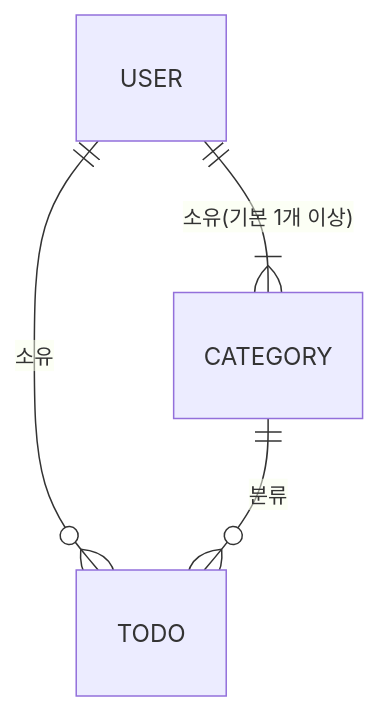
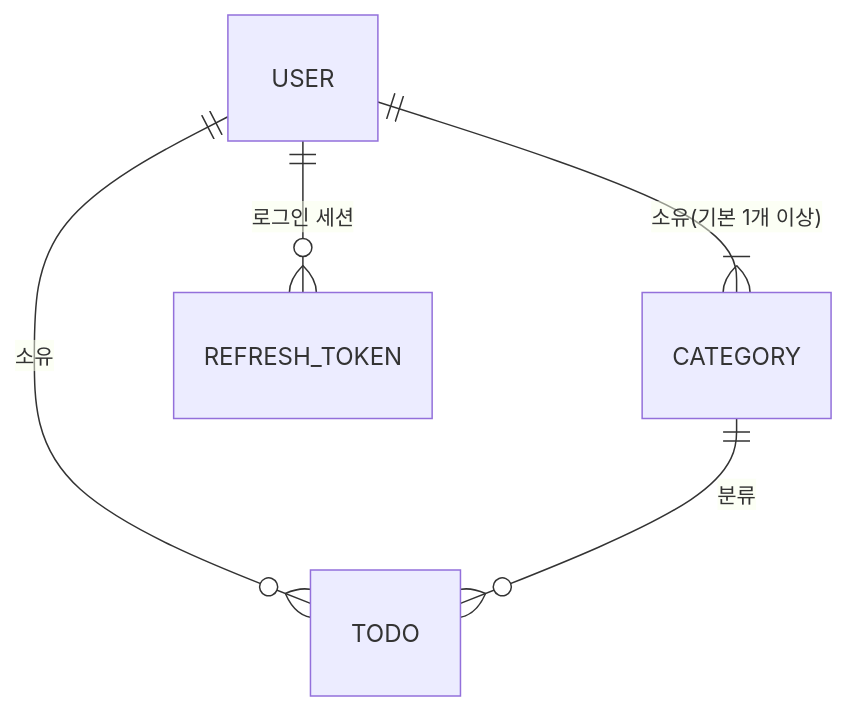
One commit to wjdxo513/todolist-app changed the first of 3 diagrams in docs/7-erd.md. Above: the diagram before and after it, drawn with Mermaid. The commit also changed other lines of this file and 7 other files, not shown here.

First line of the commit message:
docs: 실행 계획 추가, JWT HS384·Refresh Token 적용, 문서 간 불일치 정리

````diff
--- a/docs/7-erd.md
+++ b/docs/7-erd.md
@@ -33,6 +42,7 @@
 ```mermaid
 erDiagram
     USER ||--|{ CATEGORY : "소유(기본 1개 이상)"
     USER ||--o{ TODO : "소유"
     CATEGORY ||--o{ TODO : "분류"
+    USER ||--o{ REFRESH_TOKEN : "로그인 세션"
 ```
````
